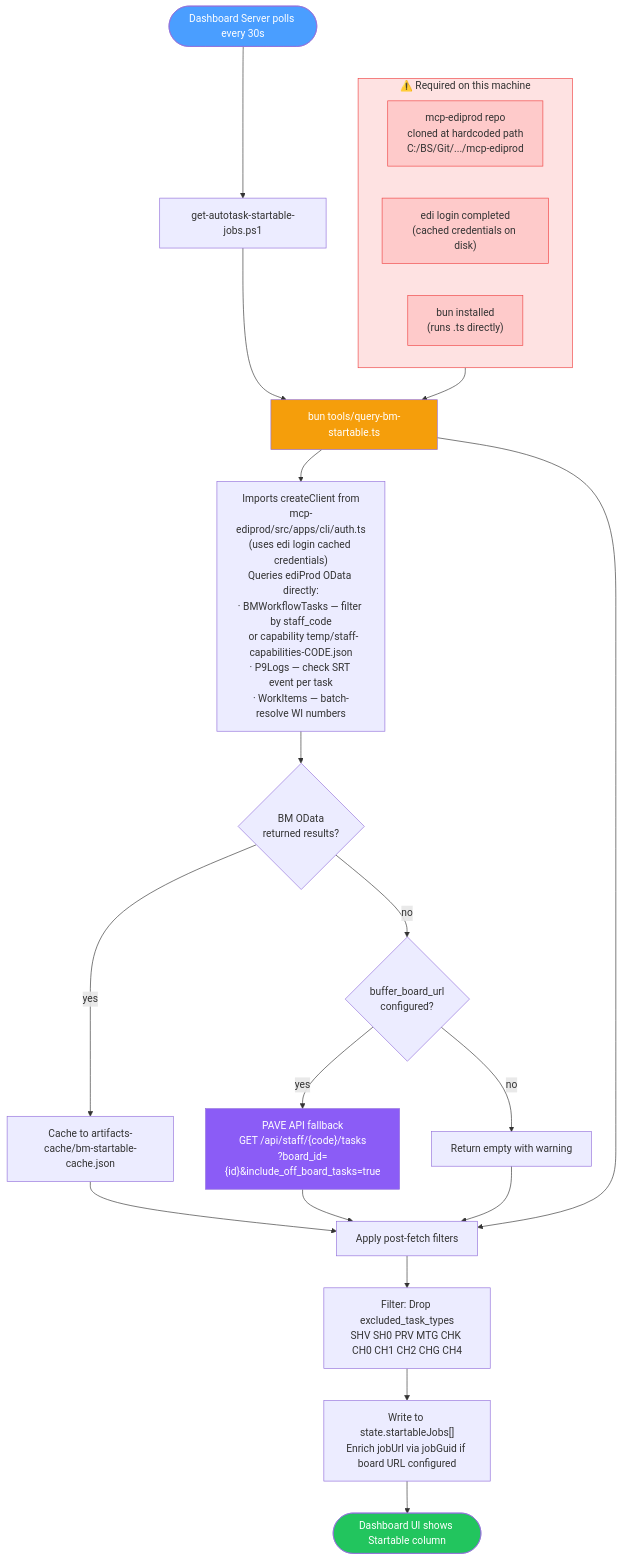
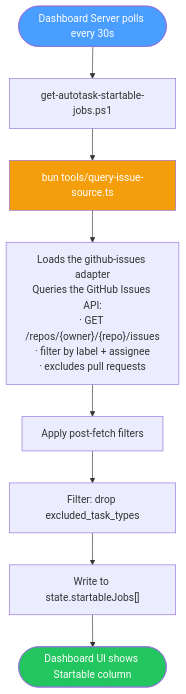
Before and after one commit to cat-hoang/ai-studio: the sixth of 11 diagrams in docs/architecture-overview.md, drawn with Mermaid. The commit also changed other lines of this file and 9 other files, not shown here.

First line of the commit message:
docs: remove WTG PAVE/OData/edi references (docs, UI, config)

````diff
--- a/docs/architecture-overview.md
+++ b/docs/architecture-overview.md
@@ -377,42 +293,19 @@
 ```mermaid
 flowchart TD
-    subgraph prereqs["⚠️ Required on this machine"]
-        P1["mcp-ediprod repo<br>cloned at hardcoded path<br>C:/BS/Git/.../mcp-ediprod"]
-        P2["edi login completed<br>(cached credentials on disk)"]
-        P3["bun installed<br>(runs .ts directly)"]
-    end
-
     A([Dashboard Server polls every 30s]) --> B[get-autotask-startable-jobs.ps1]
 
-    B --> E["bun tools/query-bm-startable.ts"]
+    B --> E["bun tools/query-issue-source.ts"]
 
-    prereqs --> E
+    E --> F["Loads the github-issues adapter<br>Queries the GitHub Issues API:<br>· GET /repos/{owner}/{repo}/issues<br>· filter by label + assignee<br>· excludes pull requests"]
 
-    E --> F["Imports createClient from<br>mcp-ediprod/src/apps/cli/auth.ts<br>(uses edi login cached credentials)<br>Queries ediProd OData directly:<br>· BMWorkflowTasks — filter by staff_code<br>  or capability temp/staff-capabilities-CODE.json<br>· P9Logs — check SRT event per task<br>· WorkItems — batch-resolve WI numbers"]
+    F --> I[Apply post-fetch filters]
 
-    F --> G{BM OData<br>returned results?}
-    G -- yes --> H[Cache to artifacts-cache/bm-startable-cache.json]
-    H --> I[Apply post-fetch filters]
+    I --> M["Filter: drop excluded_task_types"]
 
-    G -- no --> J{buffer_board_url<br>configured?}
-    J -- yes --> K["PAVE API fallback<br>GET /api/staff/{code}/tasks<br>?board_id={id}&include_off_board_tasks=true"]
-    K --> I
-    J -- no --> L[Return empty with warning]
-    L --> I
-
-    E --> I
-
-    I --> M["Filter: Drop excluded_task_types<br>SHV SH0 PRV MTG CHK CH0 CH1 CH2 CHG CH4"]
-
-    M --> N["Write to state.startableJobs[]<br>Enrich jobUrl via jobGuid if board URL configured"]
+    M --> N["Write to state.startableJobs[]"]
     N --> O([Dashboard UI shows Startable column])
 
     style A fill:#4a9eff,color:#fff
     style O fill:#22c55e,color:#fff
     style E fill:#f59e0b,color:#fff
-    style K fill:#8b5cf6,color:#fff
-    style prereqs fill:#fee2e2,stroke:#ef4444
-    style P1 fill:#fecaca,stroke:#ef4444
-    style P2 fill:#fecaca,stroke:#ef4444
-    style P3 fill:#fecaca,stroke:#ef4444
 ```
````
